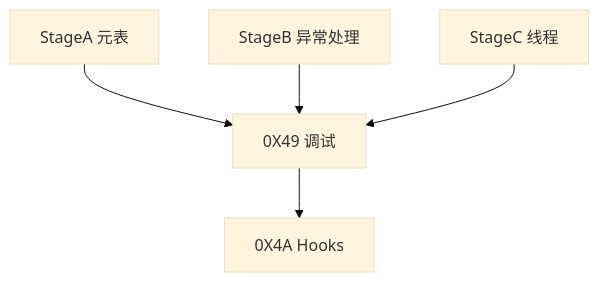
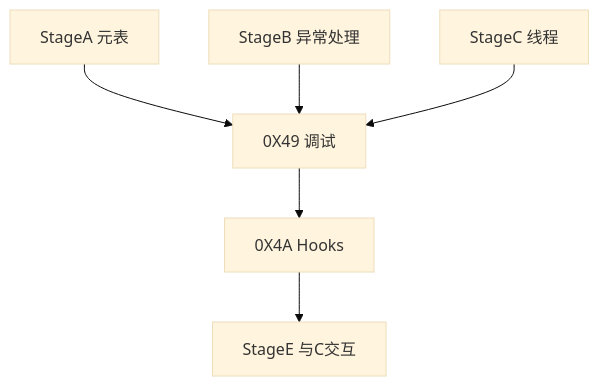
Diagram 15 of 16 in 目录.md (ZhiZe-ZG/TXLuaLesson), drawn with Mermaid (base theme) before and after one commit. The commit also changed other lines of this file and 6 other files, not shown here.

````diff
--- a/目录.md
+++ b/目录.md
@@ -408,13 +408,15 @@
 ```mermaid
 graph TD
     SA[StageA 元表]
     SB[StageB 异常处理]
     SC[StageC 线程]
+    SE[StageE 与C交互]
     C49[0X49 调试]
     C4A[0X4A Hooks]
 
     SA-->C49
     SB-->C49
     SC-->C49
     C49-->C4A
+    C4A-->SE
 ```
````
